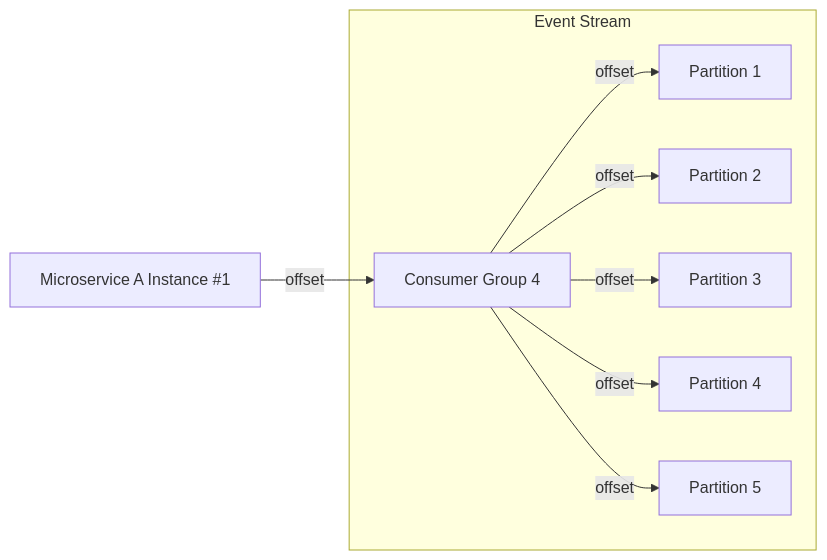
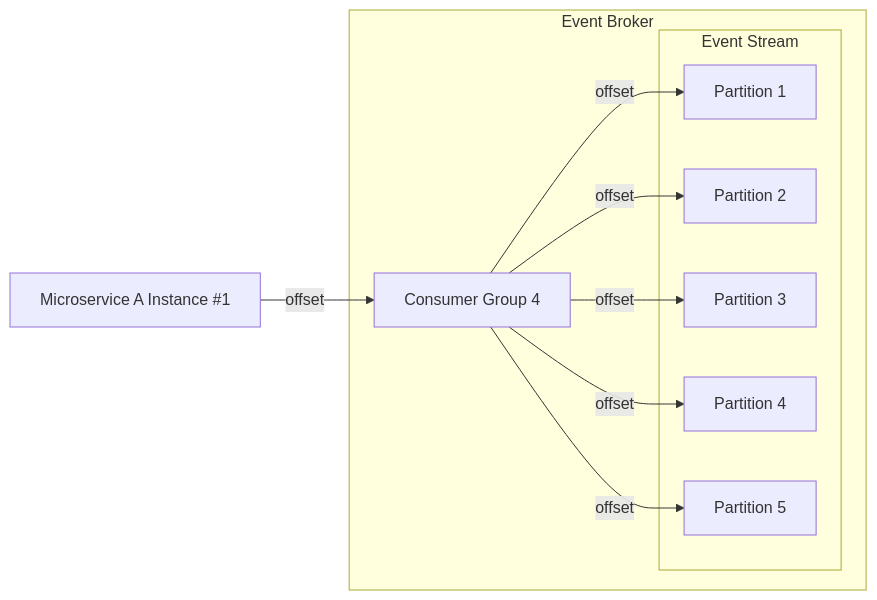
The fifth of 6 diagrams in website/docs/Building Event Driven Microservices/definition-des-concepts.md (diplomegalo/event-driven), drawn with Mermaid before and after one commit. The commit also changed other lines of this file, not shown here.

Commit message:
fix: précision de l'utilisation d'un consumer group

````diff
--- a/website/docs/Building Event Driven Microservices/definition-des-concepts.md
+++ b/website/docs/Building Event Driven Microservices/definition-des-concepts.md
@@ -113,19 +115,21 @@
 ```mermaid
 graph LR    
+    subgraph Event Broker
     subgraph Event Stream
     A[Partition 1]
     B[Partition 2]
     C[Partition 3]
     D[Partition 4]
     E[Partition 5]
-    
+    end
+
     I[Consumer Group 4] -- offset --> A
-    I[Consumer Group 4] -- offset --> B
-    I[Consumer Group 4] -- offset --> C
-    I[Consumer Group 4] -- offset --> D
-    I[Consumer Group 4] -- offset --> E
+    I -- offset --> B
+    I -- offset --> C
+    I -- offset --> D
+    I -- offset --> E
     end
     
     U[Microservice A Instance #1] -- offset --> I
     
 ```
````
